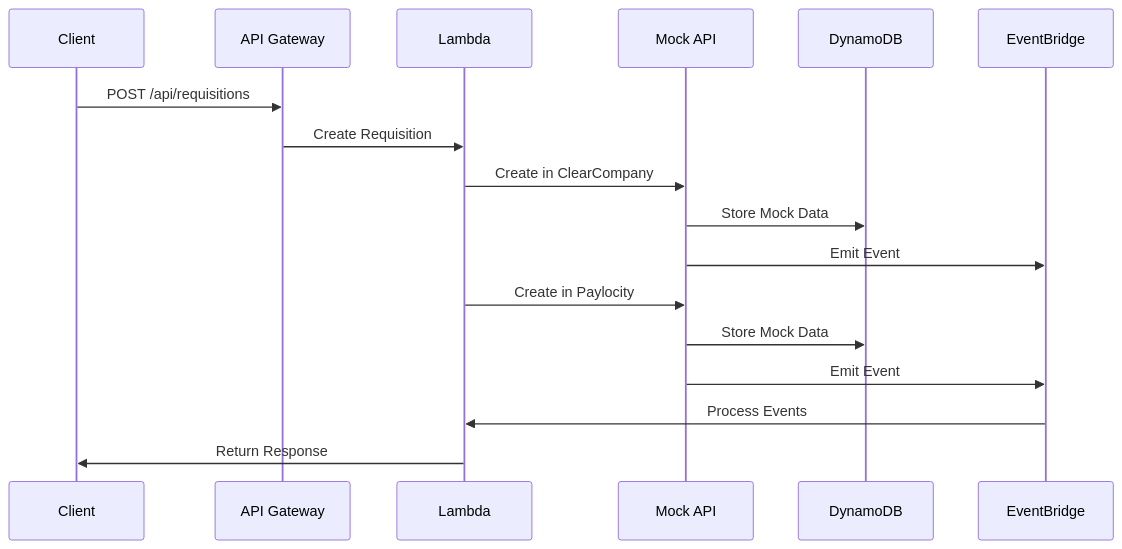
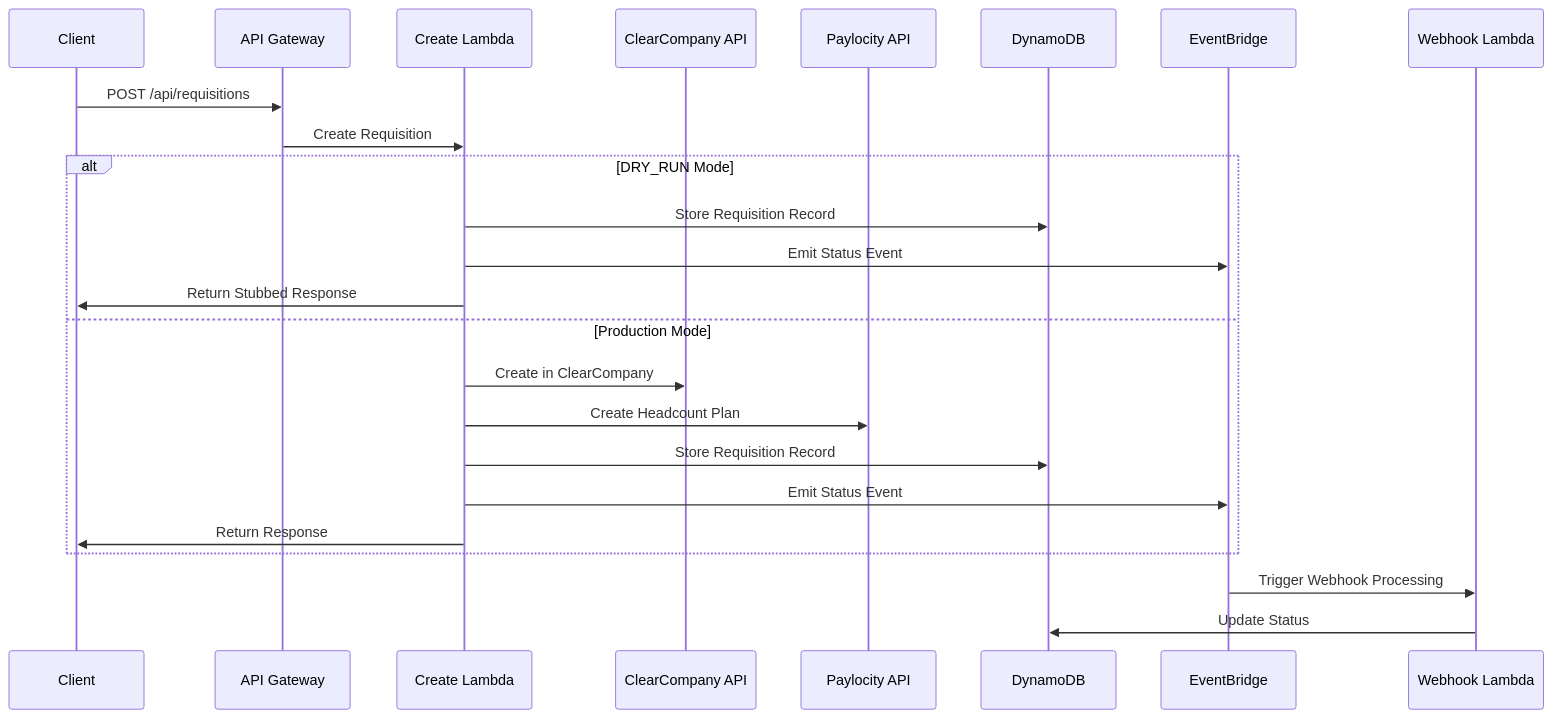
Before and after one commit to amitjainharbinger/aura-assignment: the first of 2 diagrams in docs/ARCHITECTURE.md, drawn with Mermaid. The commit also changed other lines of this file and 2 other files, not shown here.

````diff
--- a/docs/ARCHITECTURE.md
+++ b/docs/ARCHITECTURE.md
@@ -123,20 +133,29 @@
 ```mermaid
 sequenceDiagram
     participant Client
     participant API Gateway
-    participant Lambda
-    participant Mock API
+    participant Lambda as Create Lambda
+    participant CC as ClearCompany API
+    participant PL as Paylocity API
     participant DynamoDB
     participant EventBridge
+    participant WH as Webhook Lambda
 
     Client->>API Gateway: POST /api/requisitions
     API Gateway->>Lambda: Create Requisition
-    Lambda->>Mock API: Create in ClearCompany
-    Mock API->>DynamoDB: Store Mock Data
-    Mock API->>EventBridge: Emit Event
-    Lambda->>Mock API: Create in Paylocity
-    Mock API->>DynamoDB: Store Mock Data
-    Mock API->>EventBridge: Emit Event
-    EventBridge->>Lambda: Process Events
-    Lambda->>Client: Return Response
+    
+    alt DRY_RUN Mode
+        Lambda->>DynamoDB: Store Requisition Record
+        Lambda->>EventBridge: Emit Status Event
+        Lambda->>Client: Return Stubbed Response
+    else Production Mode
+        Lambda->>CC: Create in ClearCompany
+        Lambda->>PL: Create Headcount Plan
+        Lambda->>DynamoDB: Store Requisition Record
+        Lambda->>EventBridge: Emit Status Event
+        Lambda->>Client: Return Response
+    end
+    
+    EventBridge->>WH: Trigger Webhook Processing
+    WH->>DynamoDB: Update Status
 ```
````
